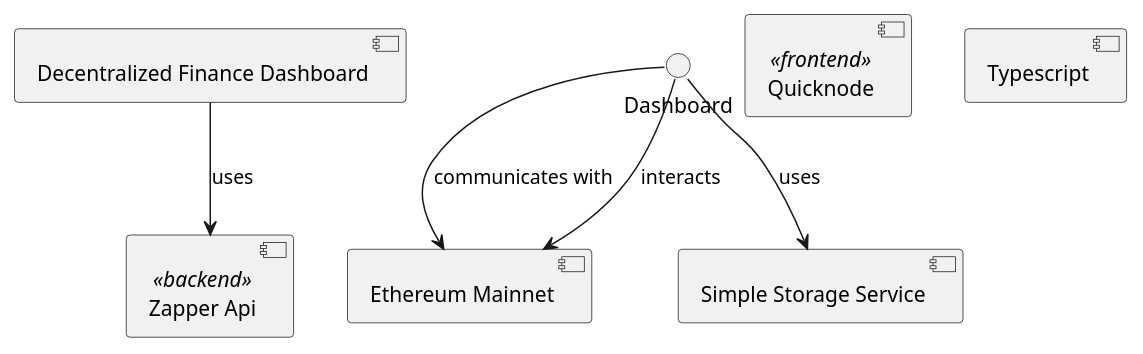
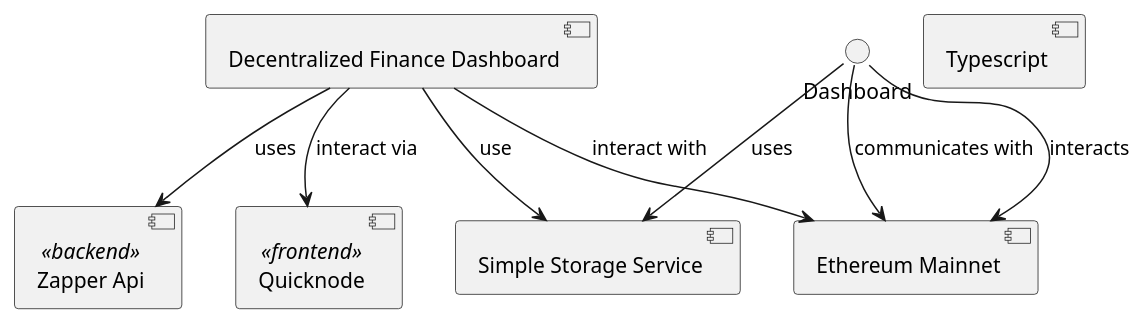
The diagram in user_stories/golden_puml/component/component_Structural_Case_14.puml (qamaruddin-qureshi/fyp-uml-diagram-generator), drawn with PlantUML before and after one commit. The commit also changed 22 other files, not shown here.

First line of the commit message:
feat: Enhance component diagram extraction with robust NLP and model optimization

```diff
--- a/user_stories/golden_puml/component/component_Structural_Case_14.puml
+++ b/user_stories/golden_puml/component/component_Structural_Case_14.puml
@@ -1,13 +1,16 @@
 @startuml
 skinparam componentStyle uml2
 component "Zapper Api" <<backend>> as ZapperApi
 component "Ethereum Mainnet" as EthereumMainnet
 component "Quicknode" <<frontend>> as Quicknode
 component "Typescript" as Typescript
 component "Simple Storage Service" as SimpleStorageService
 component "Decentralized Finance Dashboard" as DecentralizedFinanceDashboard
 DecentralizedFinanceDashboard --> ZapperApi : uses
 Dashboard --> SimpleStorageService : uses
 Dashboard --> EthereumMainnet : communicates with
 Dashboard --> EthereumMainnet : interacts
+DecentralizedFinanceDashboard --> SimpleStorageService : use
+DecentralizedFinanceDashboard --> EthereumMainnet : interact with
+DecentralizedFinanceDashboard --> Quicknode : interact via
 @enduml
```
